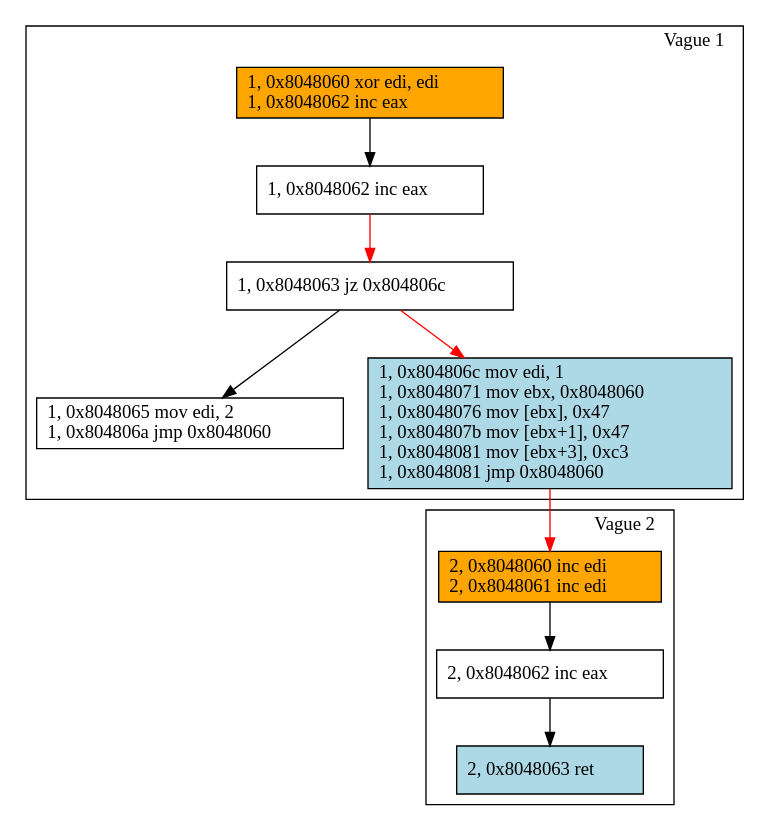
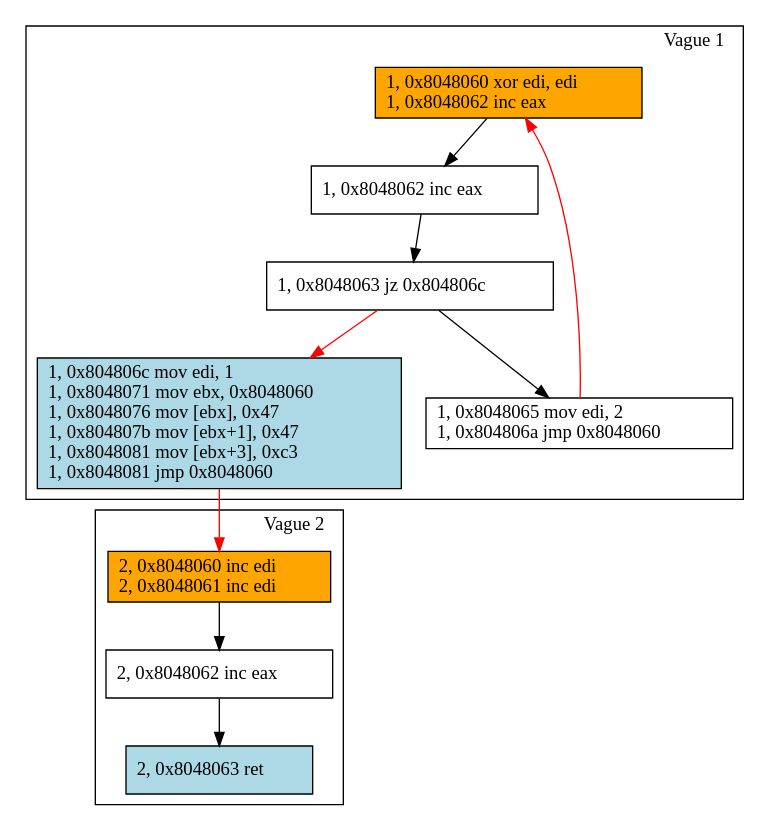
One commit to yaps8/these changed the diagram in supports/disas_sm/ex2_vagues.dot. Above: the diagram before and after it, drawn with Graphviz. The commit also changed 2 other files, not shown here.

```diff
--- a/supports/disas_sm/ex2_vagues.dot
+++ b/supports/disas_sm/ex2_vagues.dot
@@ -1,32 +1,33 @@
 digraph G {
 labeljust=r
 "60v1" [labeljust=r,label="1, 0x8048060 xor edi, edi\l1, 0x8048062 inc eax\l", shape=box, style="filled", fillcolor=orange]
 "60v2" [labeljust=r,label="2, 0x8048060 inc edi\l2, 0x8048061 inc edi\l", shape=box, style="filled", fillcolor=orange]
 "62v1" [labeljust=r,label="1, 0x8048062 inc eax\l", shape=box, style="filled", fillcolor=white]
 "62v2" [labeljust=r,label="2, 0x8048062 inc eax\l", shape=box, style="filled", fillcolor=white]
 "63v1" [labeljust=r,label="1, 0x8048063 jz 0x804806c\l", shape=box, style="filled", fillcolor=white]
 "63v2" [labeljust=r,label="2, 0x8048063 ret\l", shape=box, style="filled", fillcolor=lightblue]
 "65" [labeljust=r,label="1, 0x8048065 mov edi, 2\l1, 0x804806a jmp 0x8048060\l", shape=box, style="filled", fillcolor=white]
 "6c" [labeljust=r,label="1, 0x804806c mov edi, 1 \l1, 0x8048071 mov ebx, 0x8048060 \l1, 0x8048076 mov [ebx], 0x47 \l1, 0x804807b mov [ebx+1], 0x47 \l1, 0x8048081 mov [ebx+3], 0xc3 \l1, 0x8048081 jmp 0x8048060\l", shape=box, style="filled", fillcolor=lightblue]
 "60v1" -> "62v1" [color=black]
-"62v1" -> "63v1" [color=red]
+"62v1" -> "63v1" [color=black]
 "63v1" -> "65" [color=black]
 "63v1" -> "6c" [color=red]
 "6c" -> "60v2" [color=red]
 "60v2" -> "62v2" [color=black]
 "62v2" -> "63v2" [color=black]
+"65" -> "60v1" [color=red]
 subgraph clusterv1{
 label="Vague 1"
 "60v1"
 "62v1"
 "63v1" 
 "65"
 "6c" 
 }
 subgraph clusterv2{
 label="Vague 2"
 "60v2"
 "62v2"
 "63v2"
 }
 }
```
